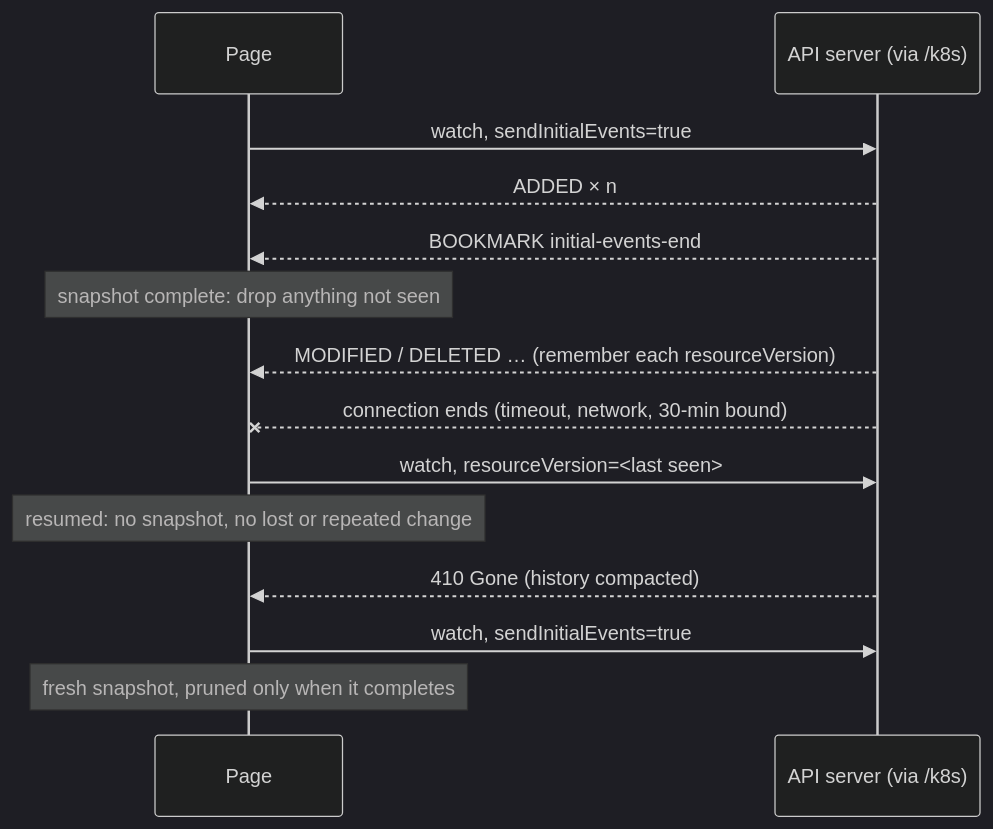
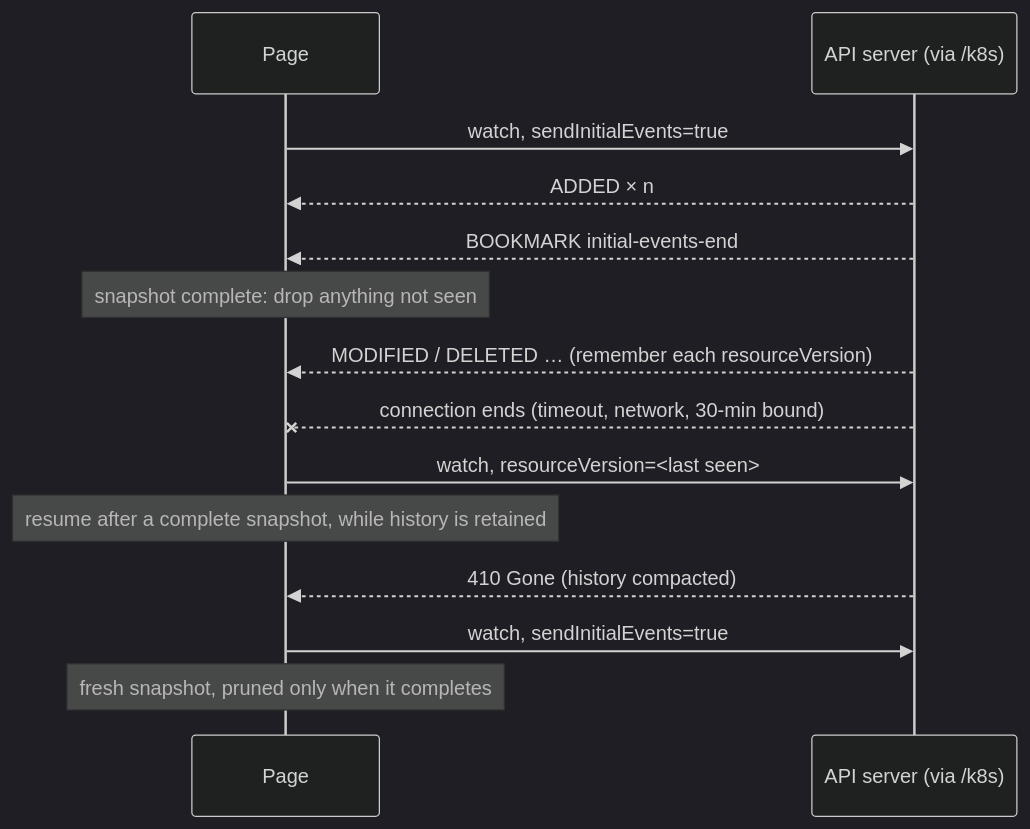
Before and after one commit to ConfigButler/krm-foyer: the second of 3 diagrams in docs/investigations/sse-and-native-watches.md, drawn with Mermaid (dark theme). The commit also changed other lines of this file and 7 other files, not shown here.

Commit message:
docs: clarify live-resource architecture and frontend integrations

````diff
--- a/docs/investigations/sse-and-native-watches.md
+++ b/docs/investigations/sse-and-native-watches.md
@@ -153,16 +219,16 @@
 ```mermaid
 sequenceDiagram
   participant P as Page
   participant K as API server (via /k8s)
   P->>K: watch, sendInitialEvents=true
   K-->>P: ADDED × n
   K-->>P: BOOKMARK initial-events-end
   Note over P: snapshot complete: drop anything not seen
   K-->>P: MODIFIED / DELETED … (remember each resourceVersion)
   K--xP: connection ends (timeout, network, 30-min bound)
   P->>K: watch, resourceVersion=<last seen>
-  Note over P: resumed: no snapshot, no lost or repeated change
+  Note over P: resume after a complete snapshot, while history is retained
   K-->>P: 410 Gone (history compacted)
   P->>K: watch, sendInitialEvents=true
   Note over P: fresh snapshot, pruned only when it completes
 ```
````
